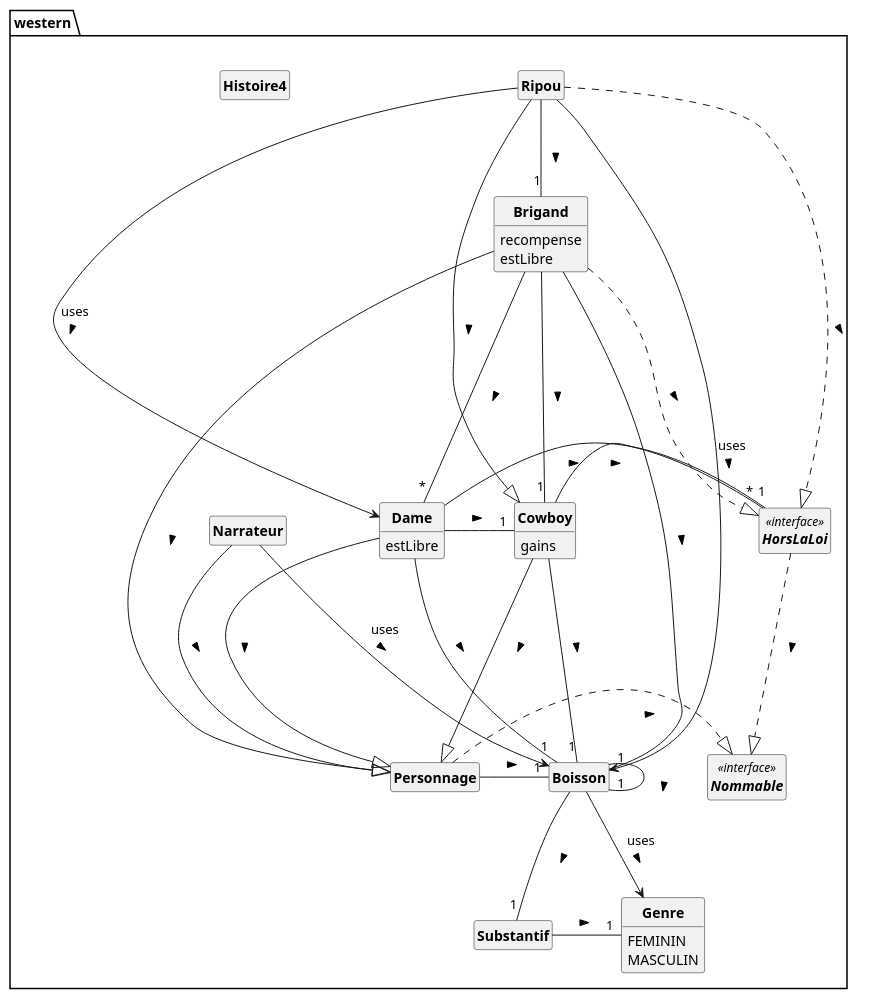
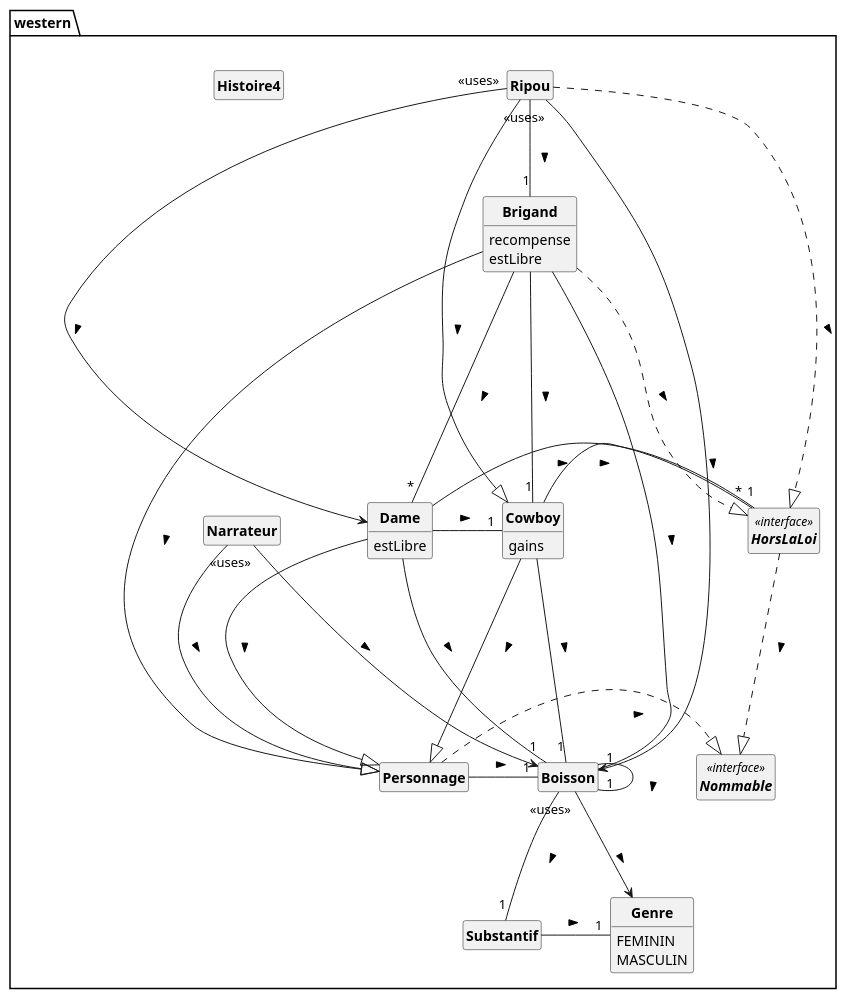
The diagram in out/production/p21_projet/pumlFromJava/westernClass.puml (DimToups/Java-to-PUML-converter), drawn with PlantUML before and after one commit. The commit also changed 2 other files, not shown here.

Commit message:
[Semaine6] Correction du bug d'affichage des chevrons pour les uses

```diff
--- a/out/production/p21_projet/pumlFromJava/westernClass.puml
+++ b/out/production/p21_projet/pumlFromJava/westernClass.puml
@@ -1,95 +1,95 @@
 @startuml
 'https://plantuml.com/class-diagram
 skinparam style strictuml
 skinparam classAttributeIconSize 0
 skinparam classFontStyle Bold
 
 hide empty members
 
 package western{
 class Boisson{
 }
 class Brigand{
 	recompense
 	estLibre
 }
 class Cowboy{
 	gains
 }
 class Dame{
 	estLibre
 }
 class Genre{
 	FEMININ
 	MASCULIN
 }
 
 class Histoire4{
 }
 interface HorsLaLoi<<interface>>{
 }
 class Narrateur{
 }
 interface Nommable<<interface>>{
 }
 class Personnage{
 }
 class Ripou{
 }
 class Substantif{
 }
 
 '@PumlAggregation
 Boisson --"1" Substantif : "          \n >"
 
 '@PumlAggregation
 Boisson -"1" Boisson : "          \n >"
-Boisson -> Genre : <<uses>>\n >
+Boisson -> Genre : "<<uses>>"\n >
 
 '@PumlAggregation
 Brigand ---"*" Dame : "          \n >"
 
 '@PumlAggregation
 Brigand --"1" Cowboy : "          \n >"
 
 '@PumlAggregation
 Brigand -"1" Boisson : "          \n >"
 Brigand ----|> Personnage : "          \n >"
 Brigand .|> HorsLaLoi : "          \n >"
 
 '@PumlAggregation
 Cowboy -"*" HorsLaLoi : "          \n >"
 
 '@PumlAggregation
 Cowboy -"1" Boisson : "          \n >"
 Cowboy ---|> Personnage : "          \n >"
 
 '@PumlAggregation
 Dame -"1" Cowboy : "          \n >"
 
 '@PumlAggregation
 Dame -"1" HorsLaLoi : "          \n >"
 
 '@PumlAggregation
 Dame -"1" Boisson : "          \n >"
 Dame --|> Personnage : "          \n >"
 HorsLaLoi ...|> Nommable : "          \n >"
 Narrateur ---|> Personnage : "          \n >"
-Narrateur -> Boisson : <<uses>>\n >
+Narrateur -> Boisson : "<<uses>>"\n >
 
 '@PumlAggregation
 Personnage -"1" Boisson : "          \n >"
 Personnage .|> Nommable : "          \n >"
 
 '@PumlAggregation
 Ripou --"1" Brigand : "          \n >"
 Ripou ---|> Cowboy : "          \n >"
 Ripou ..|> HorsLaLoi : "          \n >"
-Ripou -> Boisson : <<uses>>\n >
-Ripou ----> Dame : <<uses>>\n >
+Ripou -> Boisson : "<<uses>>"\n >
+Ripou ----> Dame : "<<uses>>"\n >
 
 '@PumlAggregation
 Substantif -"1" Genre : "          \n >"
 
 }
 @enduml
```
